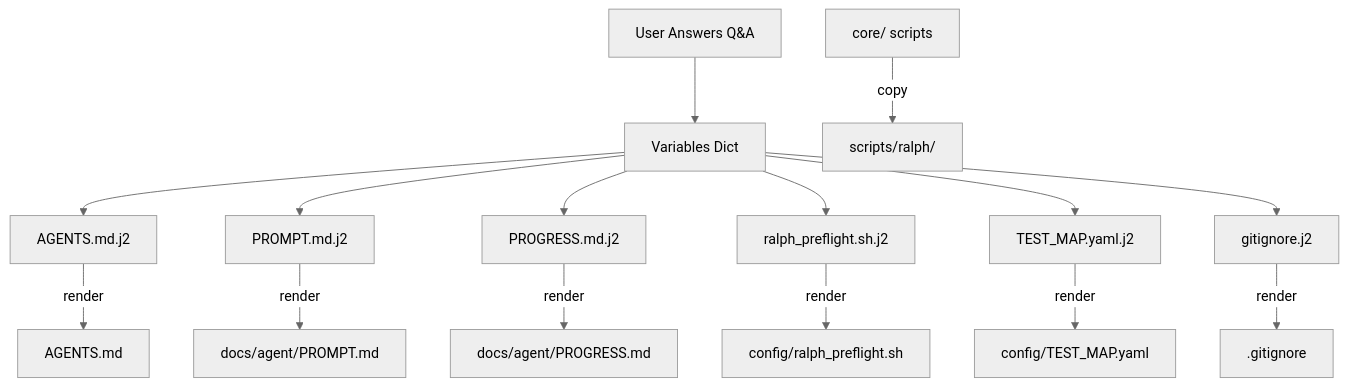
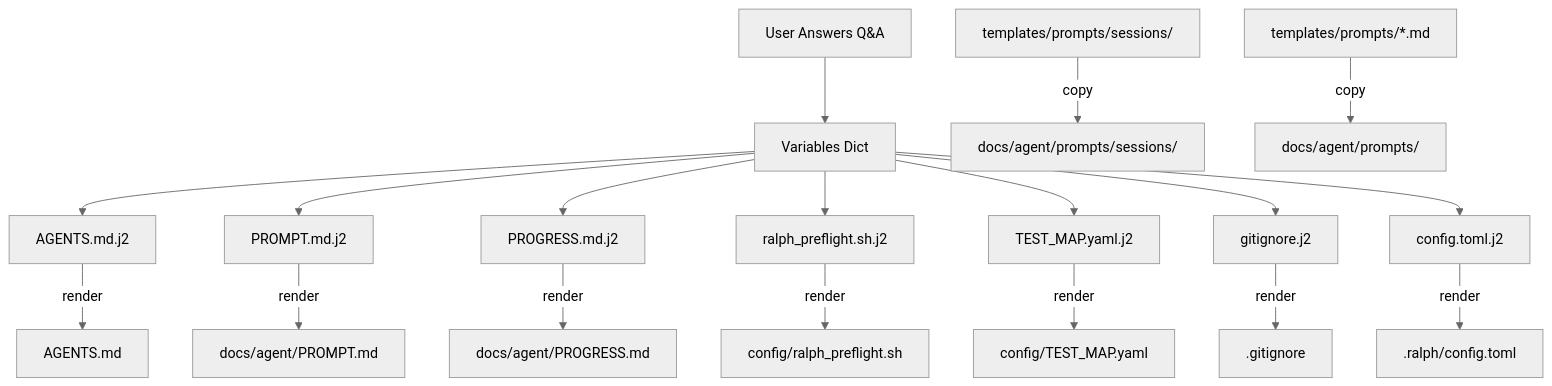
The fifth of 5 diagrams in docs/ARCHITECTURE.md (samdharma/ralph_loop), drawn with Mermaid (neutral theme) before and after one commit. The commit also changed other lines of this file and 8 other files, not shown here.

````diff
--- a/docs/ARCHITECTURE.md
+++ b/docs/ARCHITECTURE.md
@@ -226,18 +246,21 @@
 ```mermaid
 graph TD
     Q[User Answers Q&A] --> VARS[Variables Dict]
     VARS --> T1[AGENTS.md.j2]
     VARS --> T2[PROMPT.md.j2]
     VARS --> T3[PROGRESS.md.j2]
     VARS --> T4[ralph_preflight.sh.j2]
     VARS --> T5[TEST_MAP.yaml.j2]
     VARS --> T6[gitignore.j2]
+    VARS --> T7[config.toml.j2]
     T1 --> |render| O1[AGENTS.md]
     T2 --> |render| O2[docs/agent/PROMPT.md]
     T3 --> |render| O3[docs/agent/PROGRESS.md]
     T4 --> |render| O4[config/ralph_preflight.sh]
     T5 --> |render| O5[config/TEST_MAP.yaml]
     T6 --> |render| O6[.gitignore]
+    T7 --> |render| O7[.ralph/config.toml]
 
-    CORE[core/ scripts] --> |copy| SCRIPTS[scripts/ralph/]
+    SESSIONS[templates/prompts/sessions/] --> |copy| PROJ_SESS[docs/agent/prompts/sessions/]
+    PROMPTS[templates/prompts/*.md] --> |copy| PROJ_PROMPTS[docs/agent/prompts/]
 ```
````
